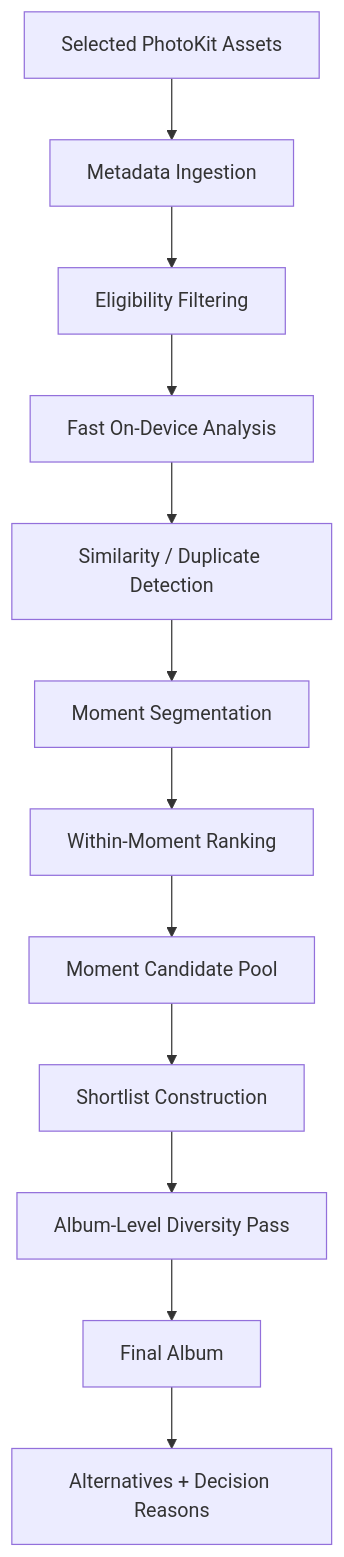
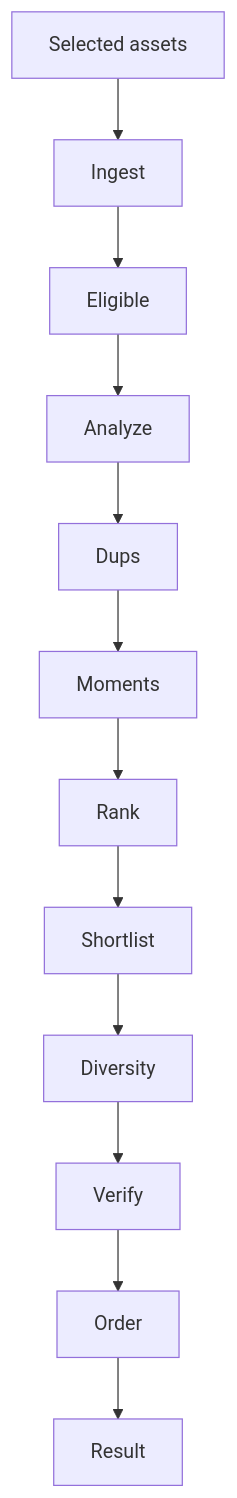
The diagram in docs/product/04-selection-engine-design.md (tungxuan1656/photo-curator), drawn with Mermaid before and after one commit. The commit also changed other lines of this file and 14 other files, not shown here.

````diff
--- a/docs/product/04-selection-engine-design.md
+++ b/docs/product/04-selection-engine-design.md
@@ -263,27 +19,14 @@
 ```mermaid
 flowchart TD
-
-A[Selected PhotoKit Assets]
-    --> B[Metadata Ingestion]
-
-B --> C[Eligibility Filtering]
-
-C --> D[Fast On-Device Analysis]
-
-D --> E[Similarity / Duplicate Detection]
-
-E --> F[Moment Segmentation]
-
-F --> G[Within-Moment Ranking]
-
-G --> H[Moment Candidate Pool]
-
-H --> I[Shortlist Construction]
-
-I --> J[Album-Level Diversity Pass]
-
-J --> K[Final Album]
-
-K --> L[Alternatives + Decision Reasons]
-
+    A[Selected assets] --> B[Ingest]
+    B --> C[Eligible]
+    C --> D[Analyze]
+    D --> E[Dups]
+    E --> F[Moments]
+    F --> G[Rank]
+    G --> H[Shortlist]
+    H --> I[Diversity]
+    I --> J[Verify]
+    J --> K[Order]
+    K --> L[Result]
 ```
````
